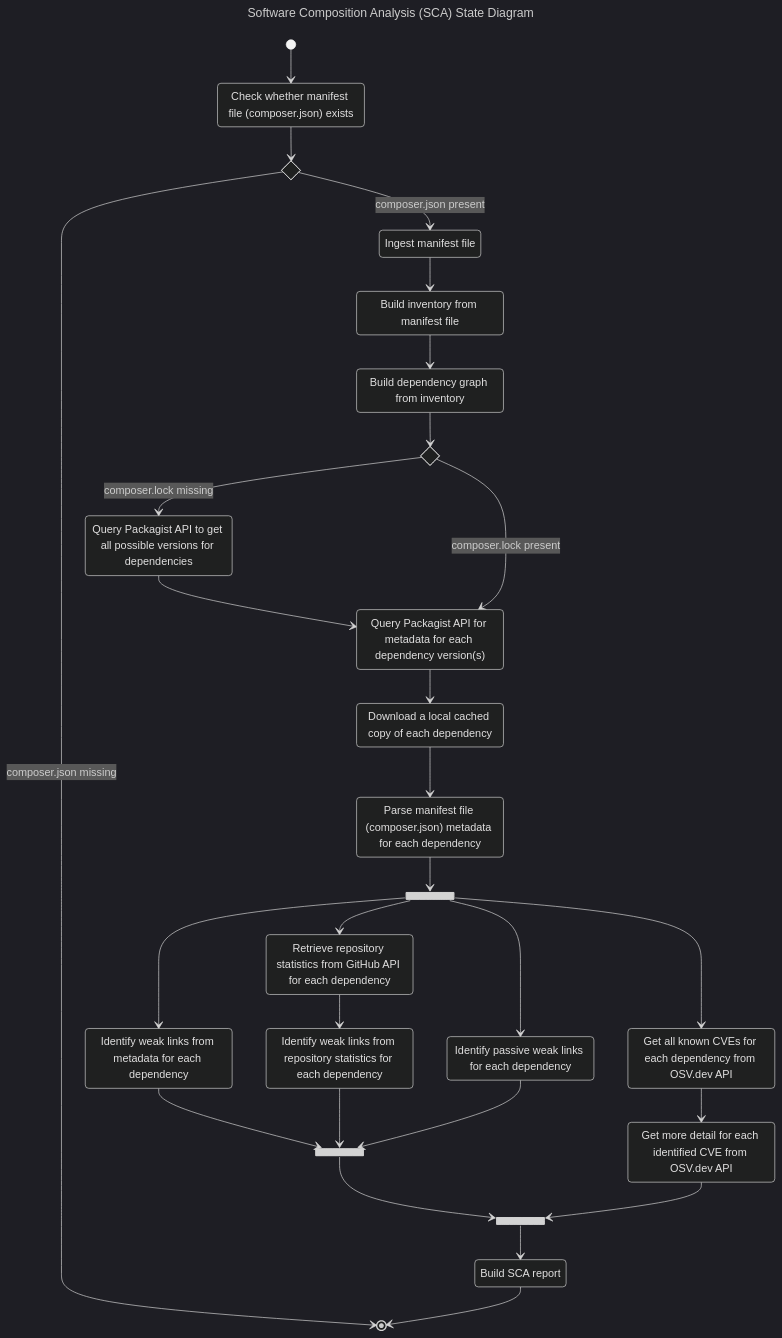
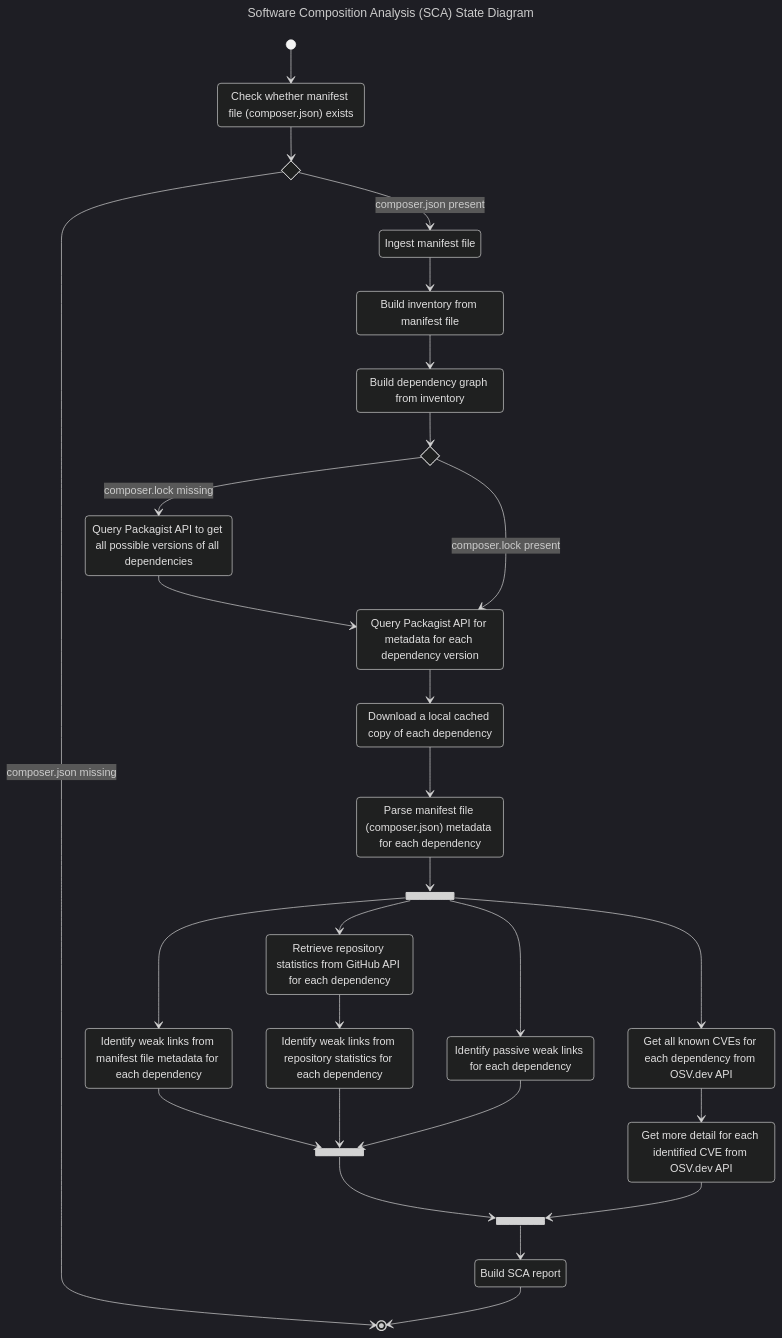
Before and after one commit to AlexWinder/SecAware: the second of 3 diagrams in README.md, drawn with Mermaid (dark theme).

Commit message:
More tweaks to SCA diagram

````diff
--- a/README.md
+++ b/README.md
@@ -179,65 +179,65 @@
 ```mermaid
 ---
 title: Software Composition Analysis (SCA) State Diagram
 ---
 stateDiagram-v2
     state "Check whether manifest file (composer.json) exists" as checkManifestFile
     state "Ingest manifest file" as ingestManifestFile
     state "Build inventory from manifest file" as buildInventory
     state "Build dependency graph from inventory" as buildDependencyGraph
-    state "Query Packagist API to get all possible versions for dependencies" as getAllVersions
-    state "Query Packagist API for metadata for each dependency version(s)" as getDependenciesMetadata
+    state "Query Packagist API to get all possible versions of all dependencies" as getAllVersions
+    state "Query Packagist API for metadata for each dependency version" as getDependenciesMetadata
     state "Download a local cached copy of each dependency" as cacheDependency
     state "Parse manifest file (composer.json) metadata for each dependency" as parseDependenciesComposer
     state "Get all known CVEs for each dependency from OSV.dev API" as cveTopLevel
     state "Get more detail for each identified CVE from OSV.dev API" as cveExtraDetail
-    state "Identify weak links from metadata for each dependency" as weakLinkMetadata
+    state "Identify weak links from manifest file metadata for each dependency" as weakLinkMetadata
     state "Retrieve repository statistics from GitHub API for each dependency" as retrieveRepositoryStatistics
     state "Identify weak links from repository statistics for each dependency" as weakLinkRepositoryStatistics
     state "Identify passive weak links for each dependency" as weakLinkPassive
     state "Build SCA report" as buildReport
 
     state ifComposerJsonAvailable <<choice>>
     state ifGetPossibleVersions <<choice>>
     state analysisFork <<fork>>
     state weakLinkJoin <<join>>
     state analysisJoin <<join>>
 
     [*] --> checkManifestFile
 
     checkManifestFile --> ifComposerJsonAvailable
 
     ifComposerJsonAvailable --> ingestManifestFile: composer.json present
     ingestManifestFile --> buildInventory
     buildInventory --> buildDependencyGraph
 
     buildDependencyGraph --> ifGetPossibleVersions
 
     ifComposerJsonAvailable --> [*]: composer.json missing
     ifGetPossibleVersions --> getAllVersions: composer.lock missing
     getAllVersions --> getDependenciesMetadata
     ifGetPossibleVersions --> getDependenciesMetadata: composer.lock present
 
     getDependenciesMetadata --> cacheDependency
     cacheDependency --> parseDependenciesComposer
 
     parseDependenciesComposer --> analysisFork
 
     analysisFork --> cveTopLevel
     cveTopLevel --> cveExtraDetail
 
     analysisFork --> weakLinkMetadata
     analysisFork --> retrieveRepositoryStatistics
     retrieveRepositoryStatistics --> weakLinkRepositoryStatistics
     analysisFork --> weakLinkPassive
 
     weakLinkMetadata --> weakLinkJoin
     weakLinkRepositoryStatistics --> weakLinkJoin
     weakLinkPassive --> weakLinkJoin
 
     weakLinkJoin --> analysisJoin
     cveExtraDetail --> analysisJoin
 
     analysisJoin --> buildReport
     buildReport --> [*]
 ```
````
